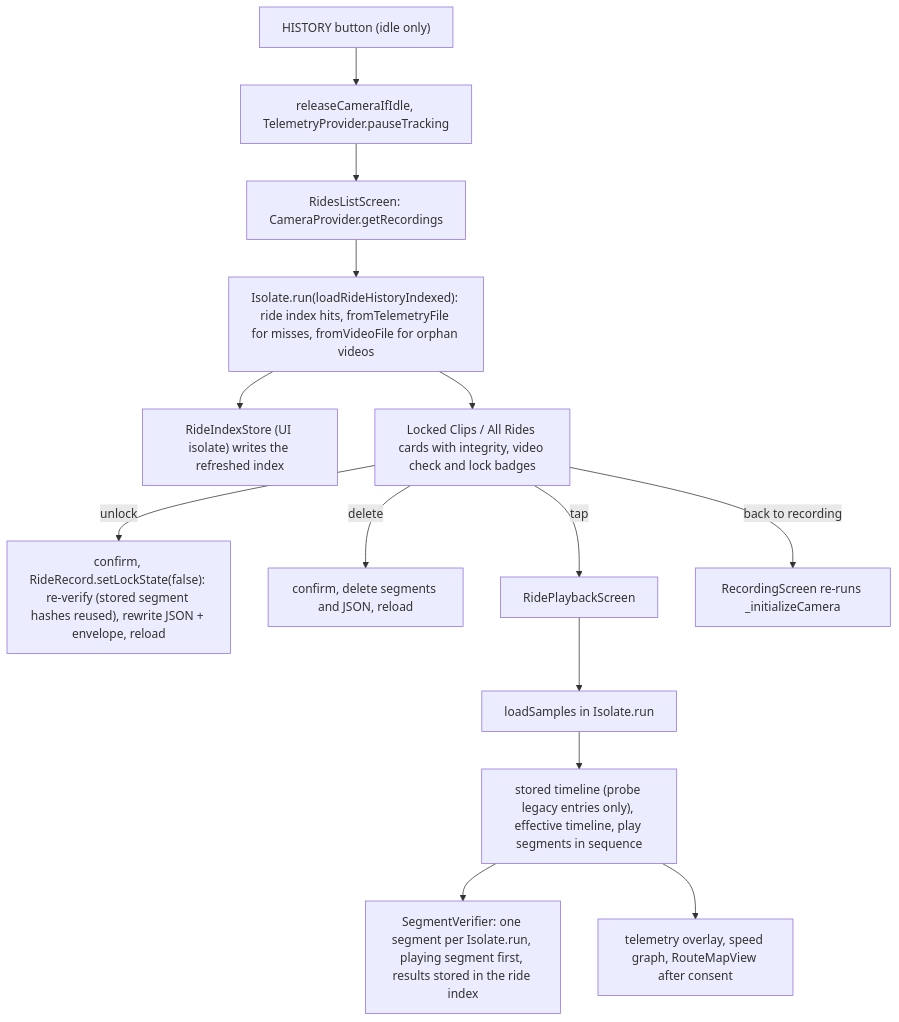
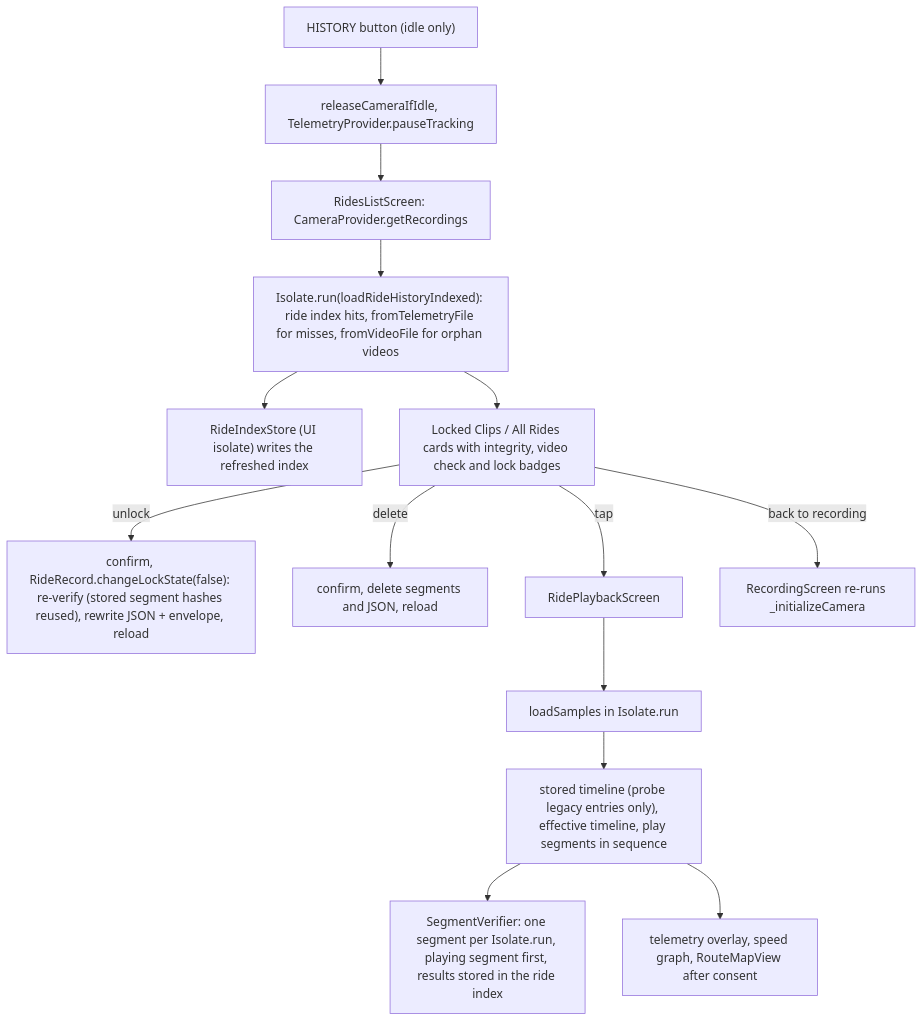
Before and after one commit to Sarthak195/MotoCam: the third of 3 diagrams in docs/architecture.md, drawn with Mermaid. The commit also changed other lines of this file and 6 other files, not shown here.

````diff
--- a/docs/architecture.md
+++ b/docs/architecture.md
@@ -215,16 +215,16 @@
 ```mermaid
 flowchart TD
     H["HISTORY button (idle only)"] --> R["releaseCameraIfIdle, TelemetryProvider.pauseTracking"]
     R --> L["RidesListScreen: CameraProvider.getRecordings"]
     L --> F["Isolate.run(loadRideHistoryIndexed): ride index hits, fromTelemetryFile for misses, fromVideoFile for orphan videos"]
     F --> W["RideIndexStore (UI isolate) writes the refreshed index"]
     F --> List["Locked Clips / All Rides cards with integrity, video check and lock badges"]
-    List -->|unlock| U["confirm, RideRecord.setLockState(false): re-verify (stored segment hashes reused), rewrite JSON + envelope, reload"]
+    List -->|unlock| U["confirm, RideRecord.changeLockState(false): re-verify (stored segment hashes reused), rewrite JSON + envelope, reload"]
     List -->|delete| D["confirm, delete segments and JSON, reload"]
     List -->|tap| P["RidePlaybackScreen"]
     P --> S["loadSamples in Isolate.run"]
     S --> I["stored timeline (probe legacy entries only), effective timeline, play segments in sequence"]
     I --> V["SegmentVerifier: one segment per Isolate.run, playing segment first, results stored in the ride index"]
     I --> M["telemetry overlay, speed graph, RouteMapView after consent"]
     List -->|back to recording| C["RecordingScreen re-runs _initializeCamera"]
 ```
````
